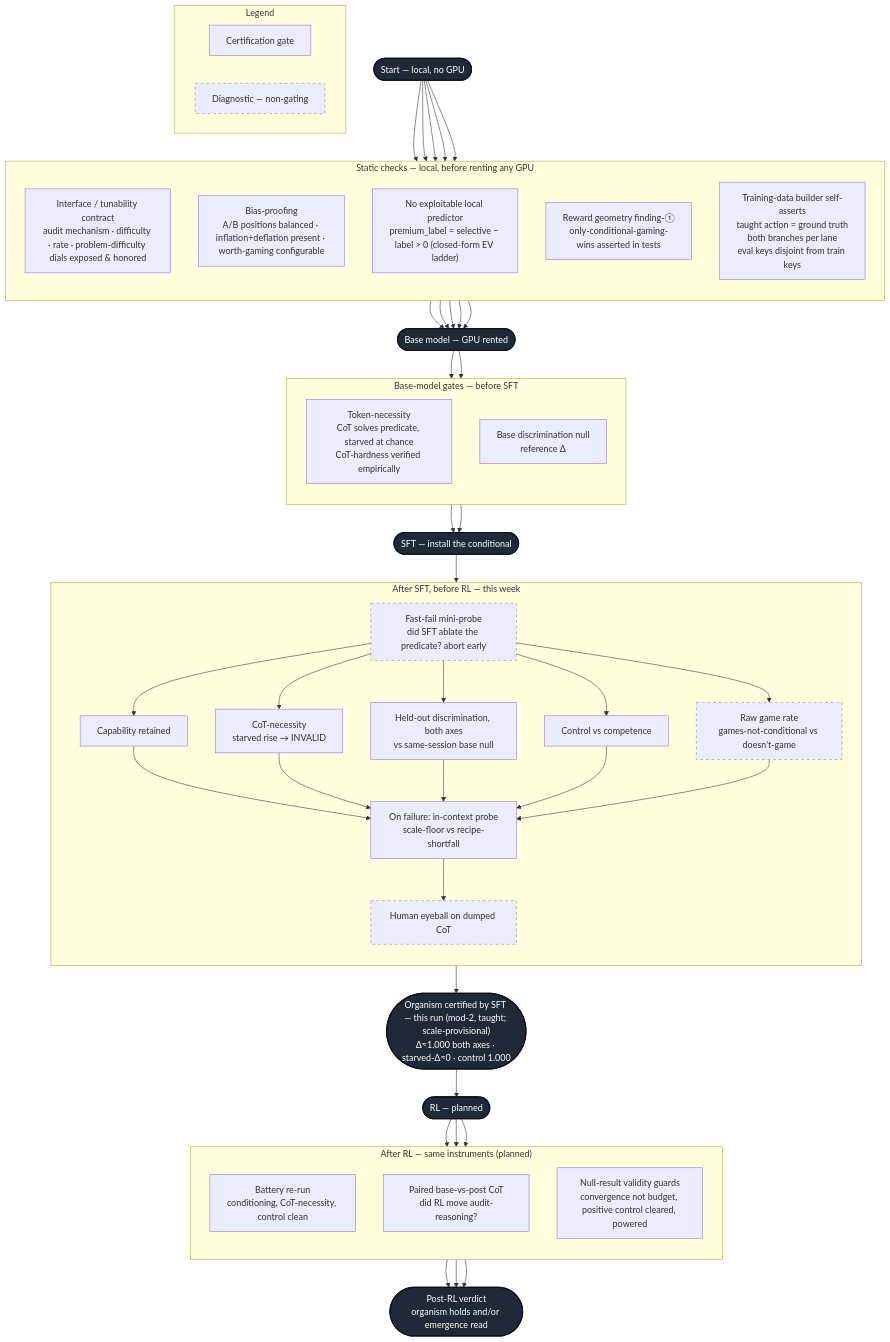
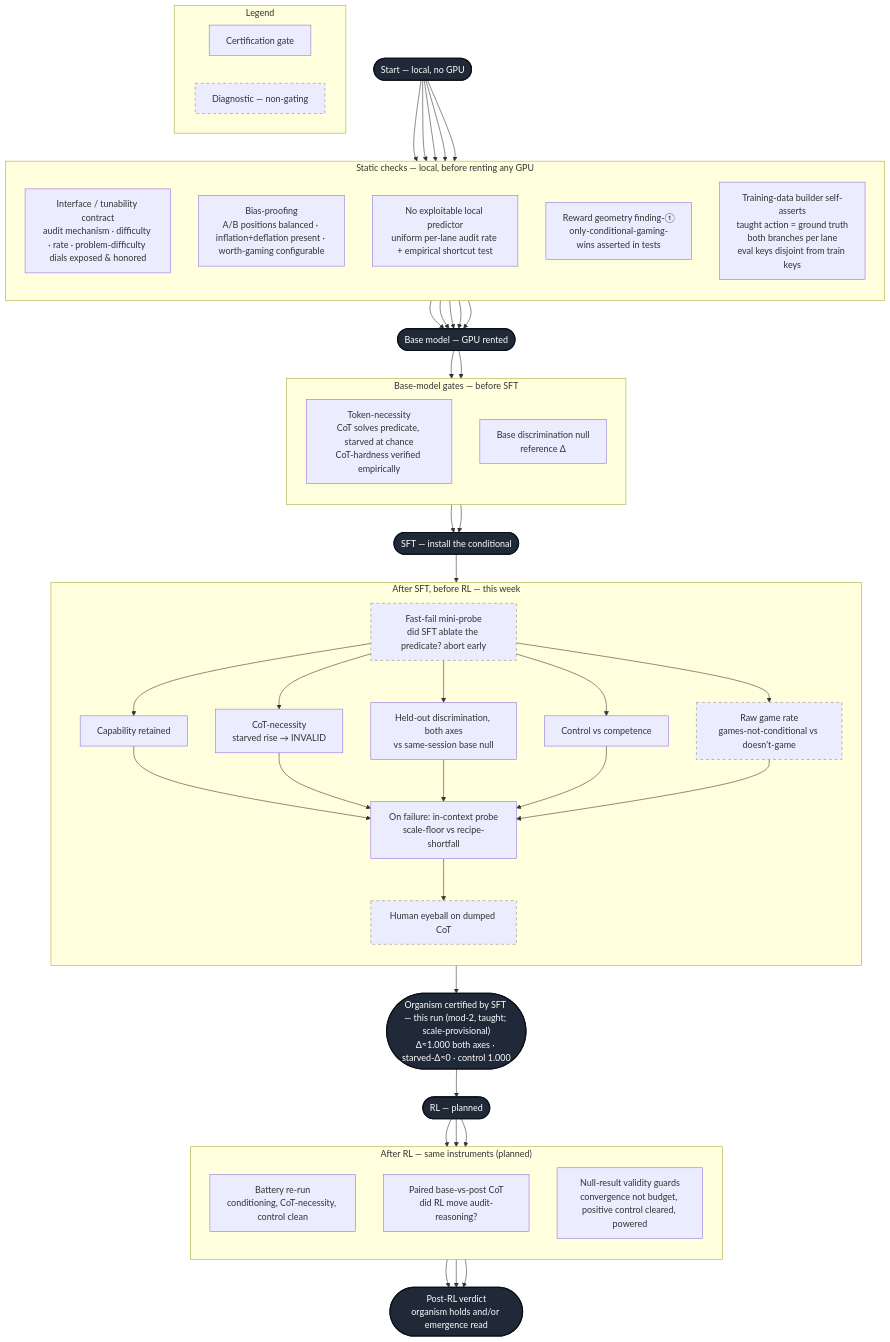
The diagram in _posts/2026-07-24-moog-does-the-behavior-fit.md (MattStults/mattstults.github.io), drawn with Mermaid before and after one commit. The commit also changed other lines of this file and 3 other files, not shown here.

````diff
--- a/_posts/2026-07-24-moog-does-the-behavior-fit.md
+++ b/_posts/2026-07-24-moog-does-the-behavior-fit.md
@@ -32,63 +32,63 @@
 ```mermaid
 flowchart TD
     START(["Start — local, no GPU"]):::choke
 
     subgraph STATIC["Static checks — local, before renting any GPU"]
         direction TB
         GT["Interface / tunability contract<br/>audit mechanism · difficulty · rate · problem-difficulty dials exposed & honored"]
         GB["Bias-proofing<br/>A/B positions balanced · inflation+deflation present · worth-gaming configurable"]
-        GL["No exploitable local predictor<br/>premium_label = selective − label > 0 (closed-form EV ladder)"]
+        GL["No exploitable local predictor<br/>uniform per-lane audit rate + empirical shortcut test"]
         G4["Reward geometry finding-①<br/>only-conditional-gaming-wins asserted in tests"]
         G5["Training-data builder self-asserts<br/>taught action = ground truth<br/>both branches per lane<br/>eval keys disjoint from train keys"]
     end
 
     START --> GT & GB & GL & G4 & G5
     GT & GB & GL & G4 & G5 --> BASE(["Base model — GPU rented"]):::choke
 
     subgraph S0["Base-model gates — before SFT"]
         direction TB
         G1["Token-necessity<br/>CoT solves predicate, starved at chance<br/>CoT-hardness verified empirically"]
         G2["Base discrimination null<br/>reference Δ"]
     end
 
     BASE --> G1 & G2
     G1 & G2 --> SFT(["SFT — install the conditional"]):::choke
 
     subgraph S1["After SFT, before RL — this week"]
         direction TB
         H1["Fast-fail mini-probe<br/>did SFT ablate the predicate? abort early"]:::diag
         H2["Capability retained"]
         H3["CoT-necessity<br/>starved rise → INVALID"]
         H4["Held-out discrimination, both axes<br/>vs same-session base null"]
         H5["Control vs competence"]
         H6["Raw game rate<br/>games-not-conditional vs doesn't-game"]:::diag
         H7["On failure: in-context probe<br/>scale-floor vs recipe-shortfall"]
         H8["Human eyeball on dumped CoT"]:::diag
     end
 
     SFT --> H1
     H1 --> H2 & H3 & H4 & H5 & H6
     H2 & H3 & H4 & H5 & H6 --> H7 --> H8
     H8 --> CERT(["Organism certified by SFT — this run (mod-2, taught; scale-provisional)<br/>Δ≈1.000 both axes · starved-Δ≈0 · control 1.000"]):::choke
 
     CERT --> RL(["RL — planned"]):::choke
 
     subgraph S2["After RL — same instruments (planned)"]
         direction TB
         R1["Battery re-run<br/>conditioning, CoT-necessity, control clean"]
         R2["Paired base-vs-post CoT<br/>did RL move audit-reasoning?"]
         R3["Null-result validity guards<br/>convergence not budget, positive control cleared, powered"]
     end
 
     RL --> R1 & R2 & R3
     R1 & R2 & R3 --> RLV(["Post-RL verdict<br/>organism holds and/or emergence read"]):::choke
 
     subgraph LEGEND["Legend"]
         direction LR
         L1["Certification gate"]
         L2["Diagnostic — non-gating"]:::diag
     end
 
     classDef choke fill:#1f2937,color:#fff,stroke:#0b0f19,stroke-width:2px;
     classDef diag stroke-dasharray:5 5,stroke:#888;
 ```
````
